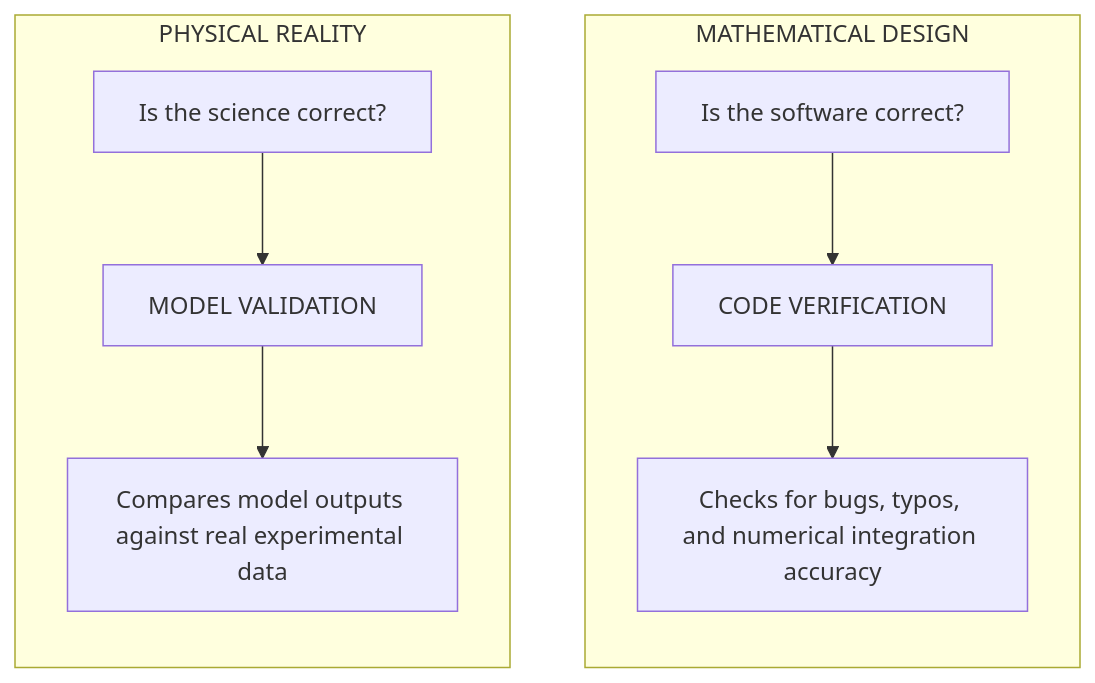
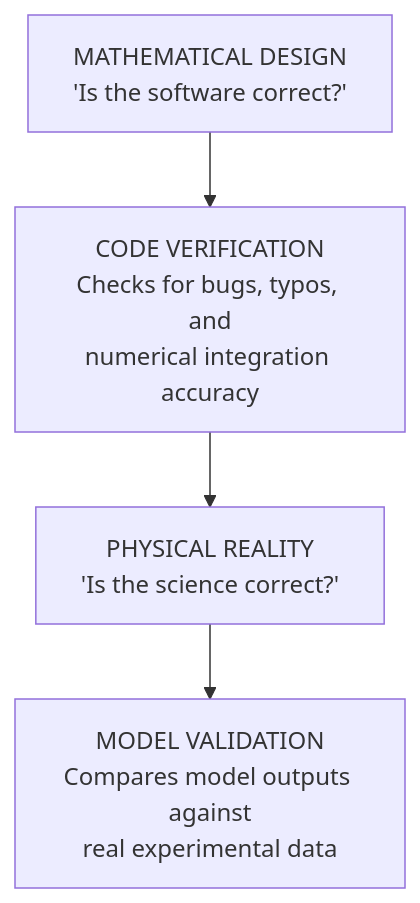
Before and after one commit to premzea/pectin-acid-hydrolisis-simulator: the third of 5 diagrams in docs/framework.md, drawn with Mermaid. The commit also changed 1 other file, not shown here.

Commit message:
docs: restructure Model Verification vs Validation into a unified vertical flow

````diff
--- a/docs/framework.md
+++ b/docs/framework.md
@@ -164,13 +164,6 @@
 ```mermaid
 graph TD
-  subgraph MATHEMATICAL DESIGN
-    direction TB
-    A[Is the software correct?] --> B[CODE VERIFICATION]
-    B --> C[Checks for bugs, typos, and numerical integration accuracy]
-  end
-  subgraph PHYSICAL REALITY
-    direction TB
-    D[Is the science correct?] --> E[MODEL VALIDATION]
-    E --> F[Compares model outputs against real experimental data]
-  end
+  A["MATHEMATICAL DESIGN<br/>'Is the software correct?'"] --> B["CODE VERIFICATION<br/>Checks for bugs, typos, and<br/>numerical integration accuracy"]
+  B --> C["PHYSICAL REALITY<br/>'Is the science correct?'"]
+  C --> D["MODEL VALIDATION<br/>Compares model outputs against<br/>real experimental data"]
 ```
````
